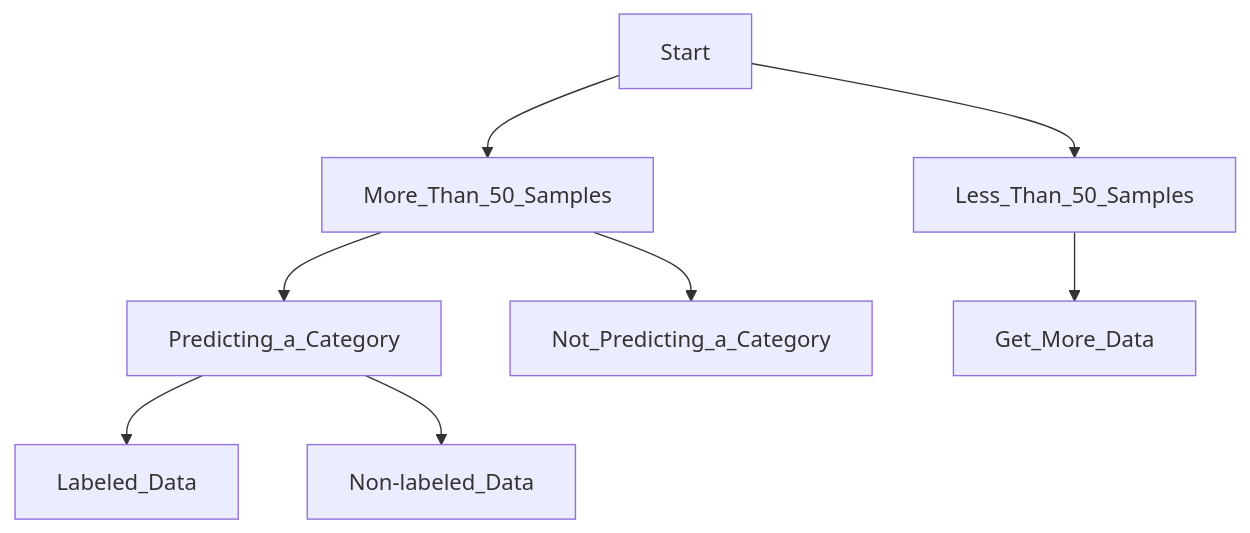
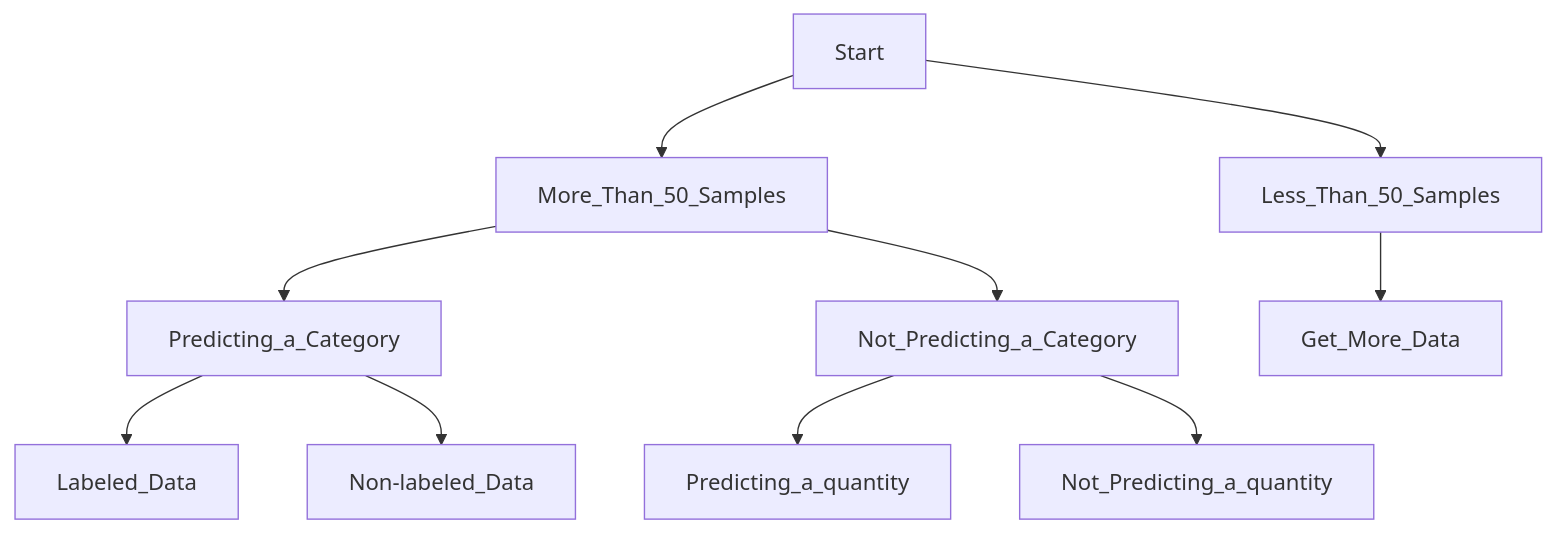
One commit to hwetsman/Public_Notes changed the diagram in ML_Cheatsheet.md. Above: the diagram before and after it, drawn with Mermaid. The commit also changed other lines of this file, not shown here.

````diff
--- a/ML_Cheatsheet.md
+++ b/ML_Cheatsheet.md
@@ -1,19 +1,23 @@
 ```mermaid
 flowchart TD
 Start --> More_Than_50_Samples
   More_Than_50_Samples --> Predicting_a_Category
     Predicting_a_Category --> Labeled_Data
 
     
     Predicting_a_Category --> Non-labeled_Data
 
 
 
   More_Than_50_Samples --> Not_Predicting_a_Category
+    Not_Predicting_a_Category --> Predicting_a_quantity
+
+    
+    Not_Predicting_a_Category --> Not_Predicting_a_quantity
 
 
 Start --> Less_Than_50_Samples
   Less_Than_50_Samples --> Get_More_Data
 
 
 ```
````
